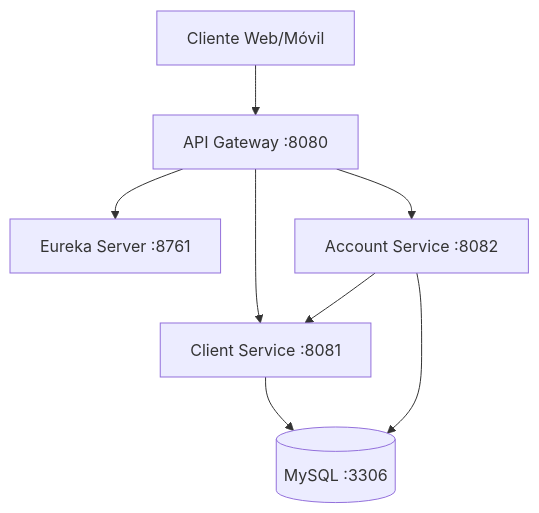
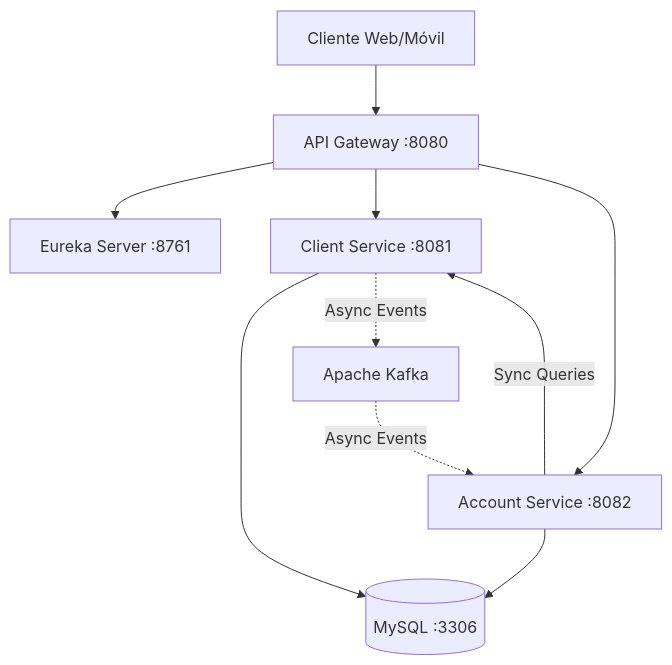
The diagram in README.md (korbold/challenge), drawn with Mermaid before and after one commit. The commit also changed other lines of this file and 17 other files, not shown here.

Commit message:
Update README.md to reflect new architecture and features.

````diff
--- a/README.md
+++ b/README.md
@@ -31,10 +32,12 @@
 ```mermaid
 graph TB
     Client[Cliente Web/Móvil] --> Gateway[API Gateway :8080]
     Gateway --> Eureka[Eureka Server :8761]
     Gateway --> ClientService[Client Service :8081]
     Gateway --> AccountService[Account Service :8082]
     ClientService --> MySQL[(MySQL :3306)]
     AccountService --> MySQL
-    AccountService --> ClientService
+    ClientService -.->|Async Events| Kafka[Apache Kafka]
+    Kafka -.->|Async Events| AccountService
+    AccountService -->|Sync Queries| ClientService
 ```
````
